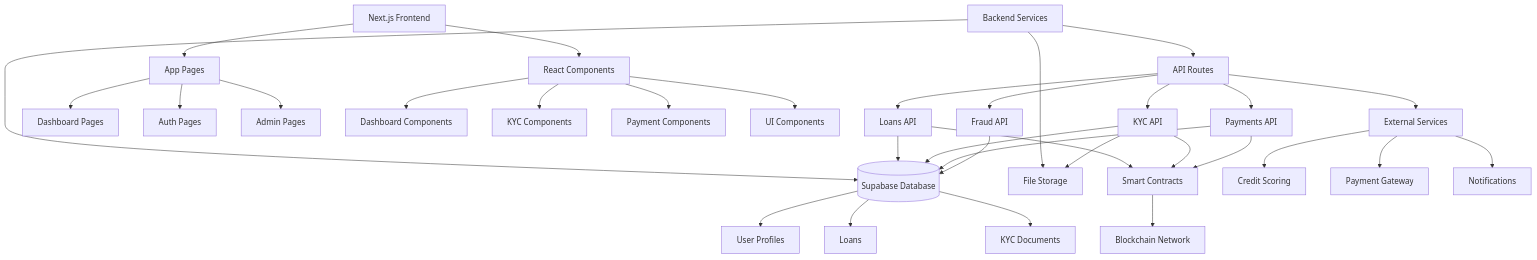
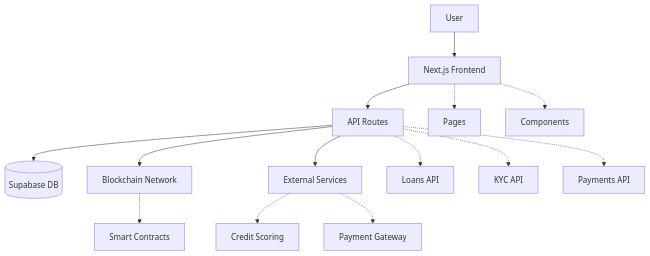
Before and after one commit to mosesmrima/v0-microfinance-web-app: the sixth of 6 diagrams in README.md, drawn with Mermaid. The commit also changed other lines of this file, not shown here.

First line of the commit message:
Drastically simplify 3 remaining broken diagrams for GitHub

````diff
--- a/README.md
+++ b/README.md
@@ -363,55 +291,20 @@
 ```mermaid
 graph TB
-    FRONTEND[Next.js Frontend]
-    PAGES[App Pages]
-    COMPONENTS[React Components]
-    BACKEND[Backend Services]
-    API[API Routes]
-    DB[(Supabase Database)]
-    STORAGE[File Storage]
-    BLOCKCHAIN[Blockchain Network]
-    SMART_CONTRACTS[Smart Contracts]
-    EXTERNAL[External Services]
+    USER[User] --> FRONTEND[Next.js Frontend]
+    FRONTEND --> API[API Routes]
+    API --> DB[(Supabase DB)]
+    API --> BLOCKCHAIN[Blockchain Network]
+    API --> EXTERNAL[External Services]
 
-    FRONTEND --> PAGES
-    FRONTEND --> COMPONENTS
+    FRONTEND -.-> PAGES[Pages]
+    FRONTEND -.-> COMPONENTS[Components]
 
-    PAGES --> DASHBOARD[Dashboard Pages]
-    PAGES --> AUTH[Auth Pages]
-    PAGES --> ADMIN[Admin Pages]
+    API -.-> LOANS[Loans API]
+    API -.-> KYC[KYC API]
+    API -.-> PAYMENTS[Payments API]
 
-    COMPONENTS --> DASH_COMP[Dashboard Components]
-    COMPONENTS --> KYC_COMP[KYC Components]
-    COMPONENTS --> PAY_COMP[Payment Components]
-    COMPONENTS --> UI[UI Components]
+    BLOCKCHAIN -.-> CONTRACTS[Smart Contracts]
 
-    BACKEND --> API
-    BACKEND --> DB
-    BACKEND --> STORAGE
-
-    API --> API_LOANS[Loans API]
-    API --> API_KYC[KYC API]
-    API --> API_PAYMENTS[Payments API]
-    API --> API_FRAUD[Fraud API]
-
-    DB --> PROFILES[User Profiles]
-    DB --> LOANS[Loans]
-    DB --> DOCUMENTS[KYC Documents]
-
-    API_LOANS --> DB
-    API_KYC --> DB
-    API_KYC --> STORAGE
-    API_PAYMENTS --> DB
-    API_FRAUD --> DB
-
-    API_LOANS --> SMART_CONTRACTS
-    API_KYC --> SMART_CONTRACTS
-    API_PAYMENTS --> SMART_CONTRACTS
-
-    SMART_CONTRACTS --> BLOCKCHAIN
-
-    API --> EXTERNAL
-    EXTERNAL --> CREDIT[Credit Scoring]
-    EXTERNAL --> GATEWAY[Payment Gateway]
-    EXTERNAL --> NOTIFY[Notifications]
+    EXTERNAL -.-> CREDIT[Credit Scoring]
+    EXTERNAL -.-> GATEWAY[Payment Gateway]
 ```
````
